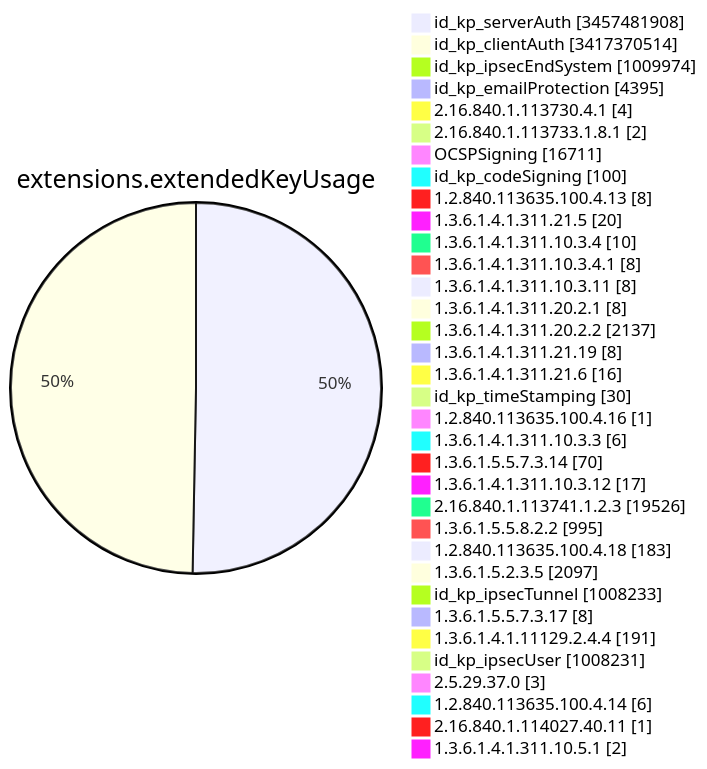
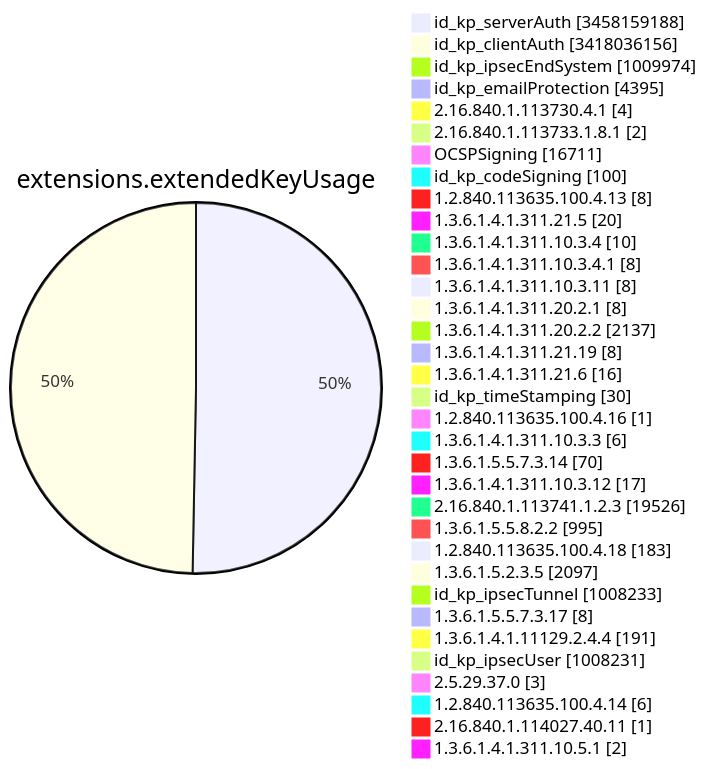
One commit to christiankrug/ctmonitor_visualization changed diagram 11 of 15 in TOTAL/README.md. Above: the diagram before and after it, drawn with Mermaid. The commit also changed other lines of this file, not shown here.

````diff
--- a/TOTAL/README.md
+++ b/TOTAL/README.md
@@ -4123,38 +4123,38 @@
 ```mermaid
 pie showData
 title extensions.extendedKeyUsage
-"id_kp_serverAuth" :3457481908
-"id_kp_clientAuth" :3417370514
+"id_kp_serverAuth" :3458159188
+"id_kp_clientAuth" :3418036156
 "id_kp_ipsecEndSystem" :1009974
 "id_kp_emailProtection" :4395
 "2.16.840.1.113730.4.1" :4
 "2.16.840.1.113733.1.8.1" :2
 "OCSPSigning" :16711
 "id_kp_codeSigning" :100
 "1.2.840.113635.100.4.13" :8
 "1.3.6.1.4.1.311.21.5" :20
 "1.3.6.1.4.1.311.10.3.4" :10
 "1.3.6.1.4.1.311.10.3.4.1" :8
 "1.3.6.1.4.1.311.10.3.11" :8
 "1.3.6.1.4.1.311.20.2.1" :8
 "1.3.6.1.4.1.311.20.2.2" :2137
 "1.3.6.1.4.1.311.21.19" :8
 "1.3.6.1.4.1.311.21.6" :16
 "id_kp_timeStamping" :30
 "1.2.840.113635.100.4.16" :1
 "1.3.6.1.4.1.311.10.3.3" :6
 "1.3.6.1.5.5.7.3.14" :70
 "1.3.6.1.4.1.311.10.3.12" :17
 "2.16.840.1.113741.1.2.3" :19526
 "1.3.6.1.5.5.8.2.2" :995
 "1.2.840.113635.100.4.18" :183
 "1.3.6.1.5.2.3.5" :2097
 "id_kp_ipsecTunnel" :1008233
 "1.3.6.1.5.5.7.3.17" :8
 "1.3.6.1.4.1.11129.2.4.4" :191
 "id_kp_ipsecUser" :1008231
 "2.5.29.37.0" :3
 "1.2.840.113635.100.4.14" :6
 "2.16.840.1.114027.40.11" :1
 "1.3.6.1.4.1.311.10.5.1" :2
 ```
````
